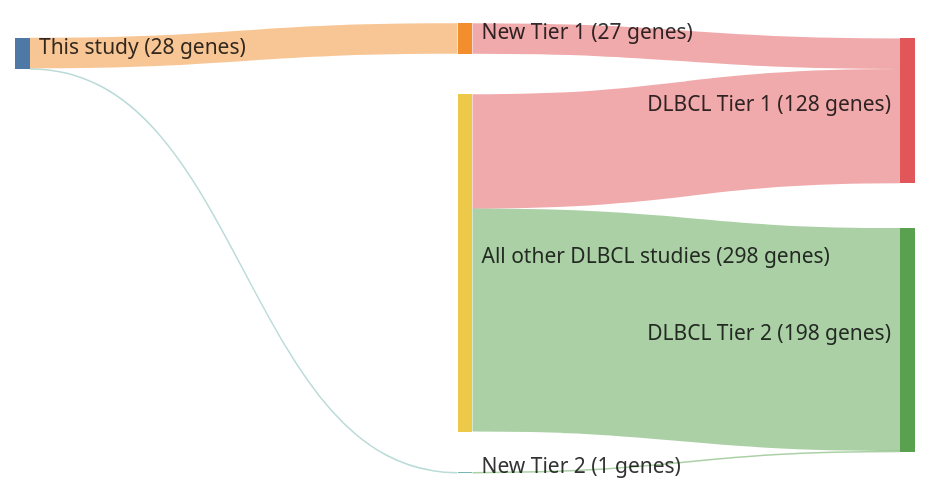
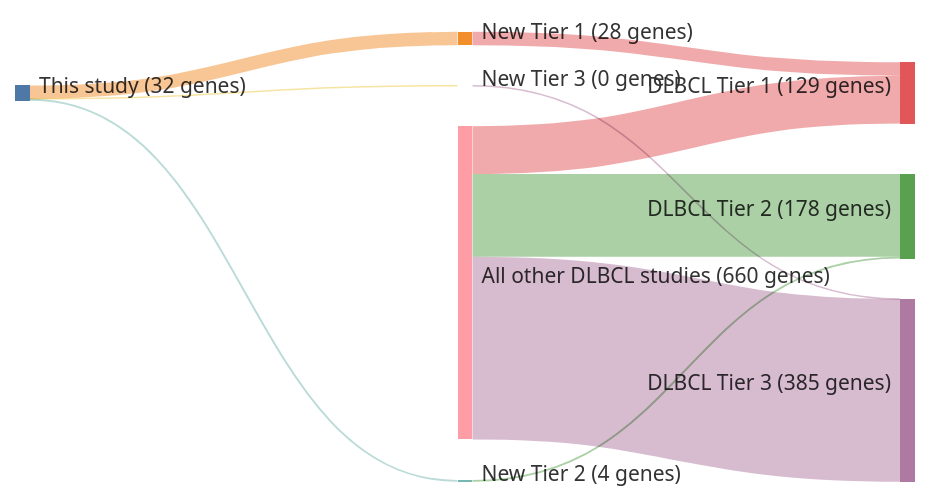
Before and after one commit to morinlab/lymphopedia: the diagram in papers/morinFrequentMutationHistonemodifying2011.md, drawn with Mermaid. The commit also changed other lines of this file and 4 other files, not shown here.

````diff
--- a/papers/morinFrequentMutationHistonemodifying2011.md
+++ b/papers/morinFrequentMutationHistonemodifying2011.md
@@ -13,20 +13,23 @@
 ```mermaid
 ---
 config:
     sankey:
         showValues: true
         linkColor: target
         width: 600
         height: 300
         nodeAlignment: right
         prefix: '('
         suffix: ' genes)'
 ---
 sankey-beta
-This study, New Tier 1, 27
-New Tier 1, DLBCL Tier 1, 27
-This study, New Tier 2, 1
-New Tier 2, DLBCL Tier 2, 1
+This study, New Tier 1, 28
+New Tier 1, DLBCL Tier 1, 28
+This study, New Tier 2, 4
+New Tier 2, DLBCL Tier 2, 4
+This study, New Tier 3, 0
+New Tier 3, DLBCL Tier 3, 0
 All other DLBCL studies, DLBCL Tier 1, 101
-All other DLBCL studies, DLBCL Tier 2, 197
+All other DLBCL studies, DLBCL Tier 2, 174
+All other DLBCL studies, DLBCL Tier 3, 385
 ```
````
